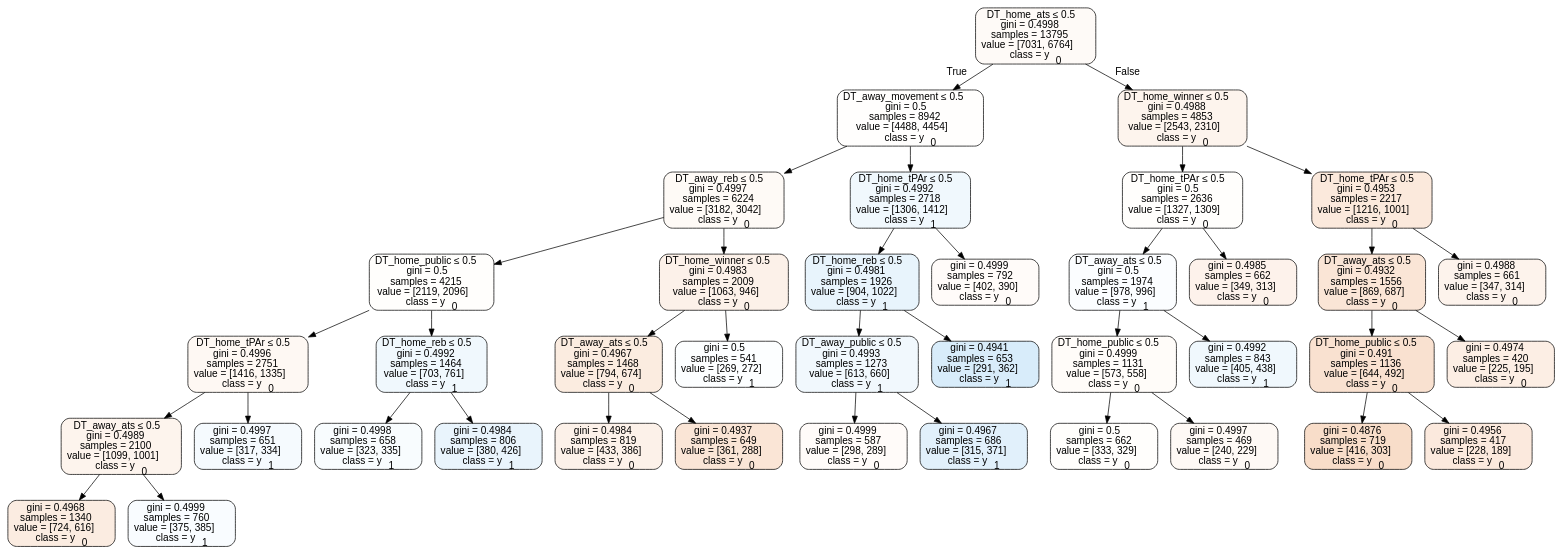
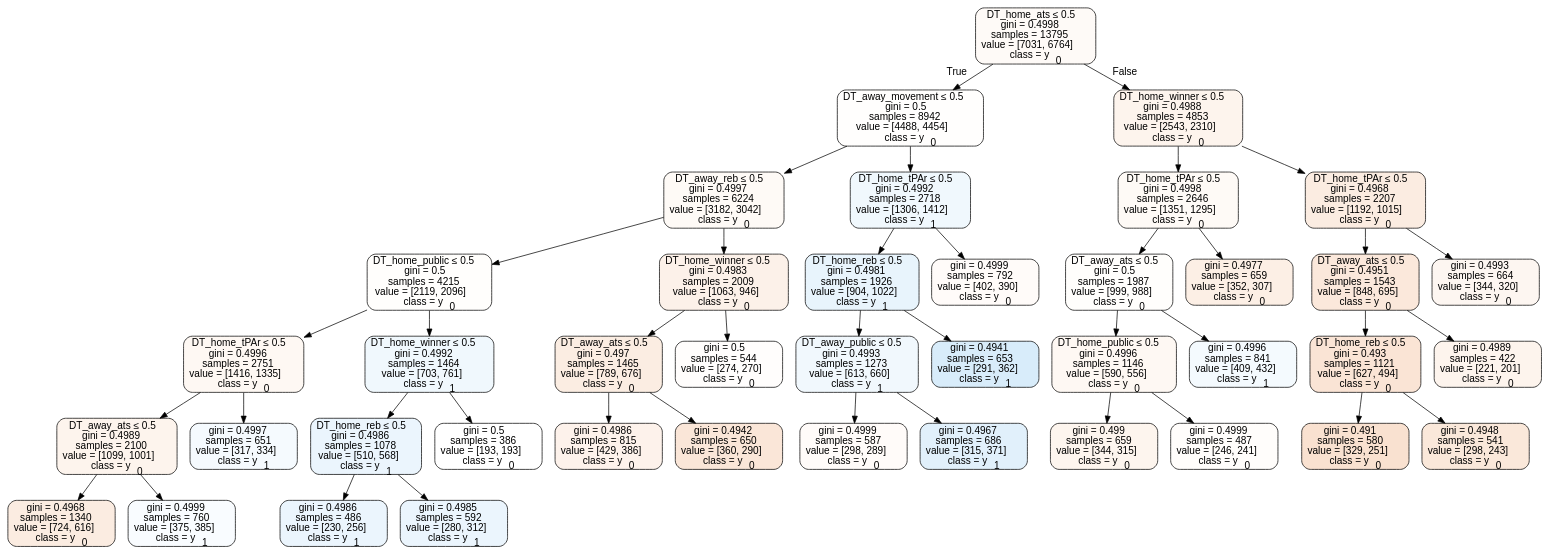
Before and after one commit to usbogie/ncaa-bets: the diagram in tree_data/tree2012home.dot, drawn with Graphviz. The commit also changed 22 other files, not shown here.

```diff
--- a/tree_data/tree2012home.dot
+++ b/tree_data/tree2012home.dot
@@ -1,81 +1,85 @@
 digraph Tree {
 node [shape=box, style="filled, rounded", color="black", fontname=helvetica] ;
 edge [fontname=helvetica] ;
 0 [label=<DT_home_ats &le; 0.5<br/>gini = 0.4998<br/>samples = 13795<br/>value = [7031, 6764]<br/>class = y<SUB>0</SUB>>, fillcolor="#e581390a"] ;
 1 [label=<DT_away_movement &le; 0.5<br/>gini = 0.5<br/>samples = 8942<br/>value = [4488, 4454]<br/>class = y<SUB>0</SUB>>, fillcolor="#e5813902"] ;
 0 -> 1 [labeldistance=2.5, labelangle=45, headlabel="True"] ;
 2 [label=<DT_away_reb &le; 0.5<br/>gini = 0.4997<br/>samples = 6224<br/>value = [3182, 3042]<br/>class = y<SUB>0</SUB>>, fillcolor="#e581390b"] ;
 1 -> 2 ;
 3 [label=<DT_home_public &le; 0.5<br/>gini = 0.5<br/>samples = 4215<br/>value = [2119, 2096]<br/>class = y<SUB>0</SUB>>, fillcolor="#e5813903"] ;
 2 -> 3 ;
 4 [label=<DT_home_tPAr &le; 0.5<br/>gini = 0.4996<br/>samples = 2751<br/>value = [1416, 1335]<br/>class = y<SUB>0</SUB>>, fillcolor="#e581390f"] ;
 3 -> 4 ;
 5 [label=<DT_away_ats &le; 0.5<br/>gini = 0.4989<br/>samples = 2100<br/>value = [1099, 1001]<br/>class = y<SUB>0</SUB>>, fillcolor="#e5813917"] ;
 4 -> 5 ;
 6 [label=<gini = 0.4968<br/>samples = 1340<br/>value = [724, 616]<br/>class = y<SUB>0</SUB>>, fillcolor="#e5813926"] ;
 5 -> 6 ;
 7 [label=<gini = 0.4999<br/>samples = 760<br/>value = [375, 385]<br/>class = y<SUB>1</SUB>>, fillcolor="#399de507"] ;
 5 -> 7 ;
 8 [label=<gini = 0.4997<br/>samples = 651<br/>value = [317, 334]<br/>class = y<SUB>1</SUB>>, fillcolor="#399de50d"] ;
 4 -> 8 ;
-9 [label=<DT_home_reb &le; 0.5<br/>gini = 0.4992<br/>samples = 1464<br/>value = [703, 761]<br/>class = y<SUB>1</SUB>>, fillcolor="#399de513"] ;
+9 [label=<DT_home_winner &le; 0.5<br/>gini = 0.4992<br/>samples = 1464<br/>value = [703, 761]<br/>class = y<SUB>1</SUB>>, fillcolor="#399de513"] ;
 3 -> 9 ;
-10 [label=<gini = 0.4998<br/>samples = 658<br/>value = [323, 335]<br/>class = y<SUB>1</SUB>>, fillcolor="#399de509"] ;
+10 [label=<DT_home_reb &le; 0.5<br/>gini = 0.4986<br/>samples = 1078<br/>value = [510, 568]<br/>class = y<SUB>1</SUB>>, fillcolor="#399de51a"] ;
 9 -> 10 ;
-11 [label=<gini = 0.4984<br/>samples = 806<br/>value = [380, 426]<br/>class = y<SUB>1</SUB>>, fillcolor="#399de51c"] ;
-9 -> 11 ;
-12 [label=<DT_home_winner &le; 0.5<br/>gini = 0.4983<br/>samples = 2009<br/>value = [1063, 946]<br/>class = y<SUB>0</SUB>>, fillcolor="#e581391c"] ;
-2 -> 12 ;
-13 [label=<DT_away_ats &le; 0.5<br/>gini = 0.4967<br/>samples = 1468<br/>value = [794, 674]<br/>class = y<SUB>0</SUB>>, fillcolor="#e5813927"] ;
-12 -> 13 ;
-14 [label=<gini = 0.4984<br/>samples = 819<br/>value = [433, 386]<br/>class = y<SUB>0</SUB>>, fillcolor="#e581391c"] ;
-13 -> 14 ;
-15 [label=<gini = 0.4937<br/>samples = 649<br/>value = [361, 288]<br/>class = y<SUB>0</SUB>>, fillcolor="#e5813934"] ;
-13 -> 15 ;
-16 [label=<gini = 0.5<br/>samples = 541<br/>value = [269, 272]<br/>class = y<SUB>1</SUB>>, fillcolor="#399de503"] ;
-12 -> 16 ;
-17 [label=<DT_home_tPAr &le; 0.5<br/>gini = 0.4992<br/>samples = 2718<br/>value = [1306, 1412]<br/>class = y<SUB>1</SUB>>, fillcolor="#399de513"] ;
-1 -> 17 ;
-18 [label=<DT_home_reb &le; 0.5<br/>gini = 0.4981<br/>samples = 1926<br/>value = [904, 1022]<br/>class = y<SUB>1</SUB>>, fillcolor="#399de51d"] ;
-17 -> 18 ;
-19 [label=<DT_away_public &le; 0.5<br/>gini = 0.4993<br/>samples = 1273<br/>value = [613, 660]<br/>class = y<SUB>1</SUB>>, fillcolor="#399de512"] ;
-18 -> 19 ;
-20 [label=<gini = 0.4999<br/>samples = 587<br/>value = [298, 289]<br/>class = y<SUB>0</SUB>>, fillcolor="#e5813908"] ;
+11 [label=<gini = 0.4986<br/>samples = 486<br/>value = [230, 256]<br/>class = y<SUB>1</SUB>>, fillcolor="#399de51a"] ;
+10 -> 11 ;
+12 [label=<gini = 0.4985<br/>samples = 592<br/>value = [280, 312]<br/>class = y<SUB>1</SUB>>, fillcolor="#399de51a"] ;
+10 -> 12 ;
+13 [label=<gini = 0.5<br/>samples = 386<br/>value = [193, 193]<br/>class = y<SUB>0</SUB>>, fillcolor="#e5813900"] ;
+9 -> 13 ;
+14 [label=<DT_home_winner &le; 0.5<br/>gini = 0.4983<br/>samples = 2009<br/>value = [1063, 946]<br/>class = y<SUB>0</SUB>>, fillcolor="#e581391c"] ;
+2 -> 14 ;
+15 [label=<DT_away_ats &le; 0.5<br/>gini = 0.497<br/>samples = 1465<br/>value = [789, 676]<br/>class = y<SUB>0</SUB>>, fillcolor="#e5813925"] ;
+14 -> 15 ;
+16 [label=<gini = 0.4986<br/>samples = 815<br/>value = [429, 386]<br/>class = y<SUB>0</SUB>>, fillcolor="#e581391a"] ;
+15 -> 16 ;
+17 [label=<gini = 0.4942<br/>samples = 650<br/>value = [360, 290]<br/>class = y<SUB>0</SUB>>, fillcolor="#e5813932"] ;
+15 -> 17 ;
+18 [label=<gini = 0.5<br/>samples = 544<br/>value = [274, 270]<br/>class = y<SUB>0</SUB>>, fillcolor="#e5813904"] ;
+14 -> 18 ;
+19 [label=<DT_home_tPAr &le; 0.5<br/>gini = 0.4992<br/>samples = 2718<br/>value = [1306, 1412]<br/>class = y<SUB>1</SUB>>, fillcolor="#399de513"] ;
+1 -> 19 ;
+20 [label=<DT_home_reb &le; 0.5<br/>gini = 0.4981<br/>samples = 1926<br/>value = [904, 1022]<br/>class = y<SUB>1</SUB>>, fillcolor="#399de51d"] ;
 19 -> 20 ;
-21 [label=<gini = 0.4967<br/>samples = 686<br/>value = [315, 371]<br/>class = y<SUB>1</SUB>>, fillcolor="#399de526"] ;
-19 -> 21 ;
-22 [label=<gini = 0.4941<br/>samples = 653<br/>value = [291, 362]<br/>class = y<SUB>1</SUB>>, fillcolor="#399de532"] ;
-18 -> 22 ;
-23 [label=<gini = 0.4999<br/>samples = 792<br/>value = [402, 390]<br/>class = y<SUB>0</SUB>>, fillcolor="#e5813908"] ;
-17 -> 23 ;
-24 [label=<DT_home_winner &le; 0.5<br/>gini = 0.4988<br/>samples = 4853<br/>value = [2543, 2310]<br/>class = y<SUB>0</SUB>>, fillcolor="#e5813917"] ;
-0 -> 24 [labeldistance=2.5, labelangle=-45, headlabel="False"] ;
-25 [label=<DT_home_tPAr &le; 0.5<br/>gini = 0.5<br/>samples = 2636<br/>value = [1327, 1309]<br/>class = y<SUB>0</SUB>>, fillcolor="#e5813903"] ;
-24 -> 25 ;
-26 [label=<DT_away_ats &le; 0.5<br/>gini = 0.5<br/>samples = 1974<br/>value = [978, 996]<br/>class = y<SUB>1</SUB>>, fillcolor="#399de505"] ;
-25 -> 26 ;
-27 [label=<DT_home_public &le; 0.5<br/>gini = 0.4999<br/>samples = 1131<br/>value = [573, 558]<br/>class = y<SUB>0</SUB>>, fillcolor="#e5813907"] ;
+21 [label=<DT_away_public &le; 0.5<br/>gini = 0.4993<br/>samples = 1273<br/>value = [613, 660]<br/>class = y<SUB>1</SUB>>, fillcolor="#399de512"] ;
+20 -> 21 ;
+22 [label=<gini = 0.4999<br/>samples = 587<br/>value = [298, 289]<br/>class = y<SUB>0</SUB>>, fillcolor="#e5813908"] ;
+21 -> 22 ;
+23 [label=<gini = 0.4967<br/>samples = 686<br/>value = [315, 371]<br/>class = y<SUB>1</SUB>>, fillcolor="#399de526"] ;
+21 -> 23 ;
+24 [label=<gini = 0.4941<br/>samples = 653<br/>value = [291, 362]<br/>class = y<SUB>1</SUB>>, fillcolor="#399de532"] ;
+20 -> 24 ;
+25 [label=<gini = 0.4999<br/>samples = 792<br/>value = [402, 390]<br/>class = y<SUB>0</SUB>>, fillcolor="#e5813908"] ;
+19 -> 25 ;
+26 [label=<DT_home_winner &le; 0.5<br/>gini = 0.4988<br/>samples = 4853<br/>value = [2543, 2310]<br/>class = y<SUB>0</SUB>>, fillcolor="#e5813917"] ;
+0 -> 26 [labeldistance=2.5, labelangle=-45, headlabel="False"] ;
+27 [label=<DT_home_tPAr &le; 0.5<br/>gini = 0.4998<br/>samples = 2646<br/>value = [1351, 1295]<br/>class = y<SUB>0</SUB>>, fillcolor="#e581390b"] ;
 26 -> 27 ;
-28 [label=<gini = 0.5<br/>samples = 662<br/>value = [333, 329]<br/>class = y<SUB>0</SUB>>, fillcolor="#e5813903"] ;
+28 [label=<DT_away_ats &le; 0.5<br/>gini = 0.5<br/>samples = 1987<br/>value = [999, 988]<br/>class = y<SUB>0</SUB>>, fillcolor="#e5813903"] ;
 27 -> 28 ;
-29 [label=<gini = 0.4997<br/>samples = 469<br/>value = [240, 229]<br/>class = y<SUB>0</SUB>>, fillcolor="#e581390c"] ;
-27 -> 29 ;
-30 [label=<gini = 0.4992<br/>samples = 843<br/>value = [405, 438]<br/>class = y<SUB>1</SUB>>, fillcolor="#399de513"] ;
-26 -> 30 ;
-31 [label=<gini = 0.4985<br/>samples = 662<br/>value = [349, 313]<br/>class = y<SUB>0</SUB>>, fillcolor="#e581391a"] ;
-25 -> 31 ;
-32 [label=<DT_home_tPAr &le; 0.5<br/>gini = 0.4953<br/>samples = 2217<br/>value = [1216, 1001]<br/>class = y<SUB>0</SUB>>, fillcolor="#e581392d"] ;
-24 -> 32 ;
-33 [label=<DT_away_ats &le; 0.5<br/>gini = 0.4932<br/>samples = 1556<br/>value = [869, 687]<br/>class = y<SUB>0</SUB>>, fillcolor="#e5813935"] ;
-32 -> 33 ;
-34 [label=<DT_home_public &le; 0.5<br/>gini = 0.491<br/>samples = 1136<br/>value = [644, 492]<br/>class = y<SUB>0</SUB>>, fillcolor="#e581393c"] ;
-33 -> 34 ;
-35 [label=<gini = 0.4876<br/>samples = 719<br/>value = [416, 303]<br/>class = y<SUB>0</SUB>>, fillcolor="#e5813945"] ;
+29 [label=<DT_home_public &le; 0.5<br/>gini = 0.4996<br/>samples = 1146<br/>value = [590, 556]<br/>class = y<SUB>0</SUB>>, fillcolor="#e581390f"] ;
+28 -> 29 ;
+30 [label=<gini = 0.499<br/>samples = 659<br/>value = [344, 315]<br/>class = y<SUB>0</SUB>>, fillcolor="#e5813915"] ;
+29 -> 30 ;
+31 [label=<gini = 0.4999<br/>samples = 487<br/>value = [246, 241]<br/>class = y<SUB>0</SUB>>, fillcolor="#e5813905"] ;
+29 -> 31 ;
+32 [label=<gini = 0.4996<br/>samples = 841<br/>value = [409, 432]<br/>class = y<SUB>1</SUB>>, fillcolor="#399de50e"] ;
+28 -> 32 ;
+33 [label=<gini = 0.4977<br/>samples = 659<br/>value = [352, 307]<br/>class = y<SUB>0</SUB>>, fillcolor="#e5813921"] ;
+27 -> 33 ;
+34 [label=<DT_home_tPAr &le; 0.5<br/>gini = 0.4968<br/>samples = 2207<br/>value = [1192, 1015]<br/>class = y<SUB>0</SUB>>, fillcolor="#e5813926"] ;
+26 -> 34 ;
+35 [label=<DT_away_ats &le; 0.5<br/>gini = 0.4951<br/>samples = 1543<br/>value = [848, 695]<br/>class = y<SUB>0</SUB>>, fillcolor="#e581392e"] ;
 34 -> 35 ;
-36 [label=<gini = 0.4956<br/>samples = 417<br/>value = [228, 189]<br/>class = y<SUB>0</SUB>>, fillcolor="#e581392c"] ;
-34 -> 36 ;
-37 [label=<gini = 0.4974<br/>samples = 420<br/>value = [225, 195]<br/>class = y<SUB>0</SUB>>, fillcolor="#e5813922"] ;
-33 -> 37 ;
-38 [label=<gini = 0.4988<br/>samples = 661<br/>value = [347, 314]<br/>class = y<SUB>0</SUB>>, fillcolor="#e5813918"] ;
-32 -> 38 ;
+36 [label=<DT_home_reb &le; 0.5<br/>gini = 0.493<br/>samples = 1121<br/>value = [627, 494]<br/>class = y<SUB>0</SUB>>, fillcolor="#e5813936"] ;
+35 -> 36 ;
+37 [label=<gini = 0.491<br/>samples = 580<br/>value = [329, 251]<br/>class = y<SUB>0</SUB>>, fillcolor="#e581393c"] ;
+36 -> 37 ;
+38 [label=<gini = 0.4948<br/>samples = 541<br/>value = [298, 243]<br/>class = y<SUB>0</SUB>>, fillcolor="#e581392f"] ;
+36 -> 38 ;
+39 [label=<gini = 0.4989<br/>samples = 422<br/>value = [221, 201]<br/>class = y<SUB>0</SUB>>, fillcolor="#e5813917"] ;
+35 -> 39 ;
+40 [label=<gini = 0.4993<br/>samples = 664<br/>value = [344, 320]<br/>class = y<SUB>0</SUB>>, fillcolor="#e5813912"] ;
+34 -> 40 ;
 }
```
